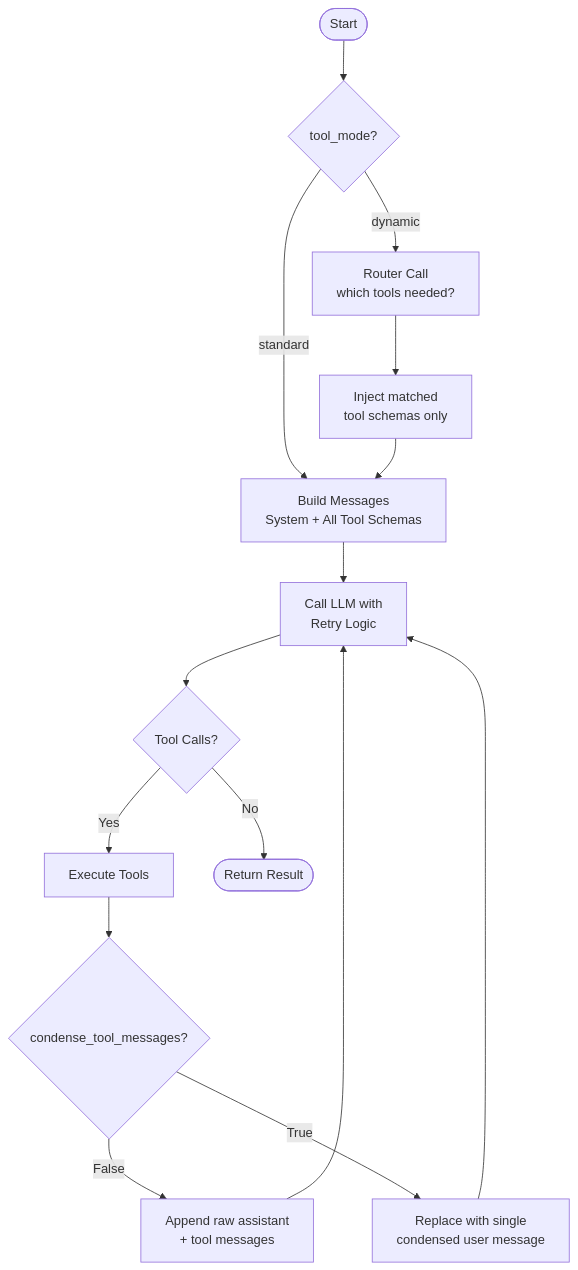
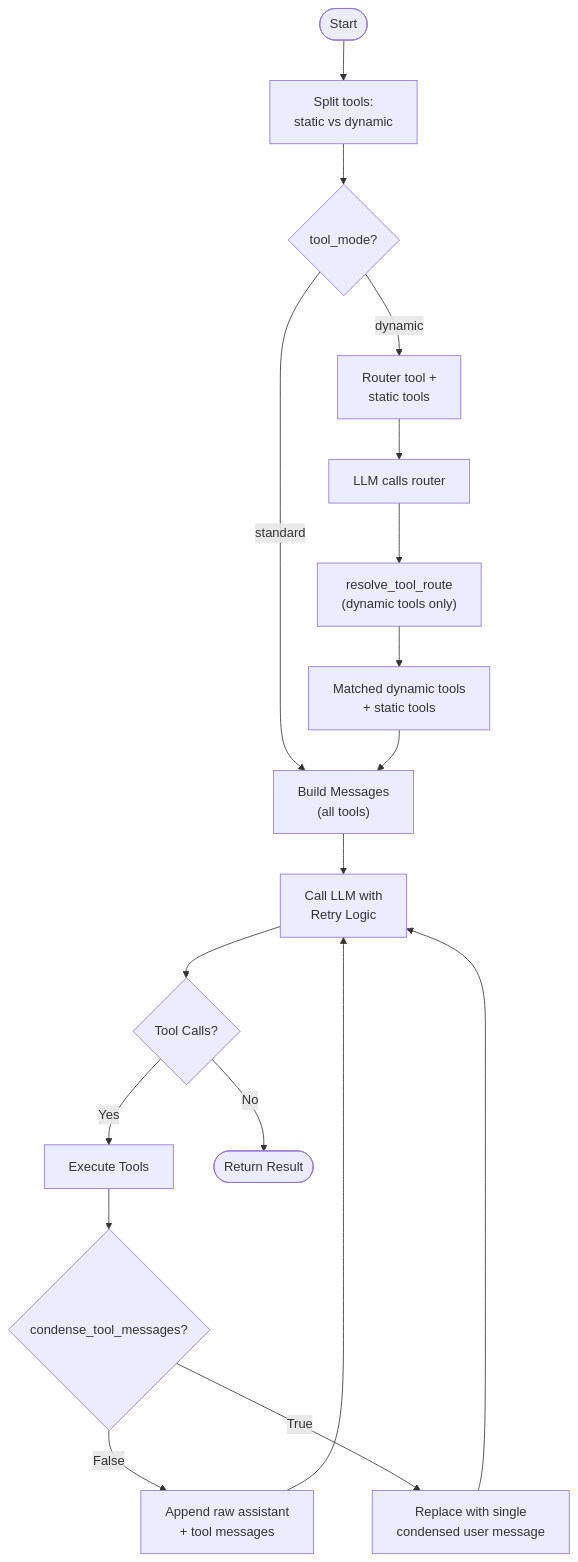
The third of 12 diagrams in docs/ARCHITECTURE.md (Bioto/glue-llm), drawn with Mermaid before and after one commit. The commit also changed other lines of this file and 30 other files, not shown here.

Commit message:
Update version to 1.2.1, enhance README with new `@static_tool` decorator for always-available tools, and add documentation for GlueLLM agents, API reference, error handling, evaluation recording, and configuration. Introduce CLI commands for testing and extend guardrails functionality.

````diff
--- a/docs/ARCHITECTURE.md
+++ b/docs/ARCHITECTURE.md
@@ -102,17 +102,20 @@
 ```mermaid
 flowchart TD
-    Start([Start]) --> ToolMode{tool_mode?}
-    ToolMode -->|standard| BuildMessages[Build Messages<br/>System + All Tool Schemas]
-    ToolMode -->|dynamic| RouterCall[Router Call<br/>which tools needed?]
-    RouterCall --> MatchedSchemas[Inject matched<br/>tool schemas only]
-    MatchedSchemas --> BuildMessages
+    Start([Start]) --> Split["Split tools:\nstatic vs dynamic"]
+    Split --> ToolMode{tool_mode?}
+    ToolMode -->|standard| BuildMessages["Build Messages\n(all tools)"]
+    ToolMode -->|dynamic| RouterStart["Router tool +\nstatic tools"]
+    RouterStart --> RouterCall[LLM calls router]
+    RouterCall --> MatchedSchemas["resolve_tool_route\n(dynamic tools only)"]
+    MatchedSchemas --> MergeStatic["Matched dynamic tools\n+ static tools"]
+    MergeStatic --> BuildMessages
     BuildMessages --> CallLLM[Call LLM with<br/>Retry Logic]
     CallLLM --> ToolCalls{Tool Calls?}
     ToolCalls -->|Yes| ExecuteTools[Execute Tools]
     ToolCalls -->|No| Return([Return Result])
     ExecuteTools --> Condense{condense_tool_messages?}
     Condense -->|False| AppendRaw[Append raw assistant<br/>+ tool messages]
     Condense -->|True| AppendCondensed[Replace with single<br/>condensed user message]
     AppendRaw --> CallLLM
     AppendCondensed --> CallLLM
 ```
````
